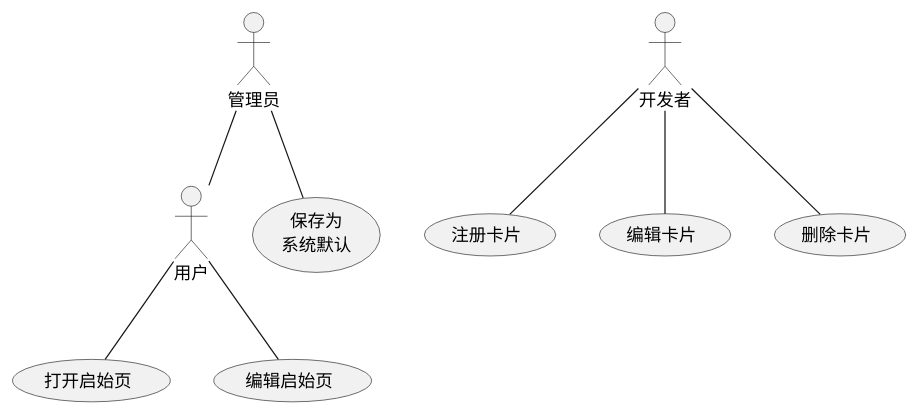
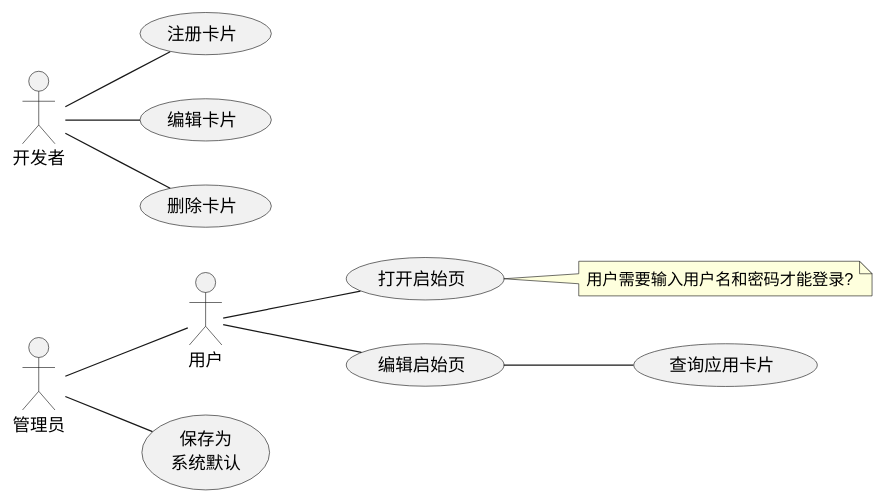
One commit to liuxd6825/dapr-go-ddd-sdk changed the diagram in app/domain/sys/xuml-card/usercase.puml. Above: the diagram before and after it, drawn with PlantUML.

Commit message:
card管理系统设计

```diff
--- a/app/domain/sys/xuml-card/usercase.puml
+++ b/app/domain/sys/xuml-card/usercase.puml
@@ -1,16 +1,24 @@
 @startuml
+left to right direction
+
 actor "用户" as  user
 actor "管理员" as admin
 actor "开发者" as dev
 
-user -- (打开启始页)
-user -- (编辑启始页)
+usecase "打开启始页" as openPageUC
+usecase "编辑启始页" as editPageUC
+usecase "查询应用卡片" as findAppCard
 
+user -- openPageUC
+user -- editPageUC
+editPageUC -- findAppCard
 admin -- (保存为\n系统默认)
 
 dev -- (注册卡片)
 dev -- (编辑卡片)
 dev -- (删除卡片)
 admin -- user
 
+
+note right of openPageUC: 用户需要输入用户名和密码才能登录?
 @enduml
```
